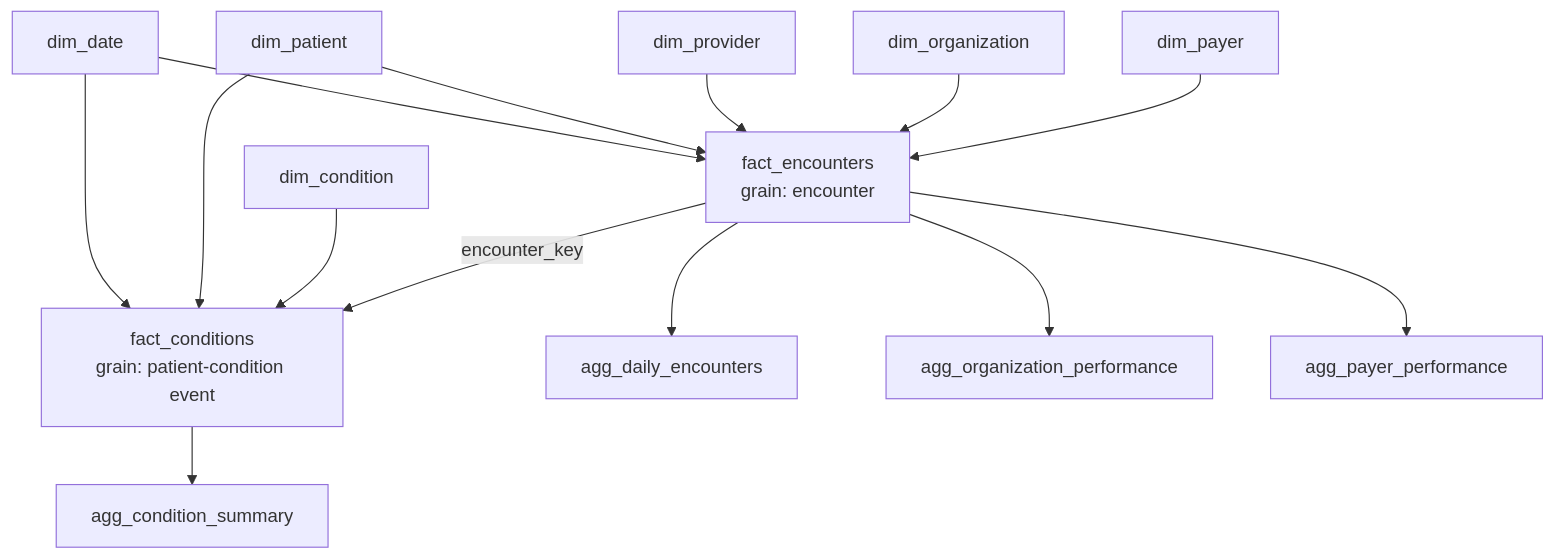
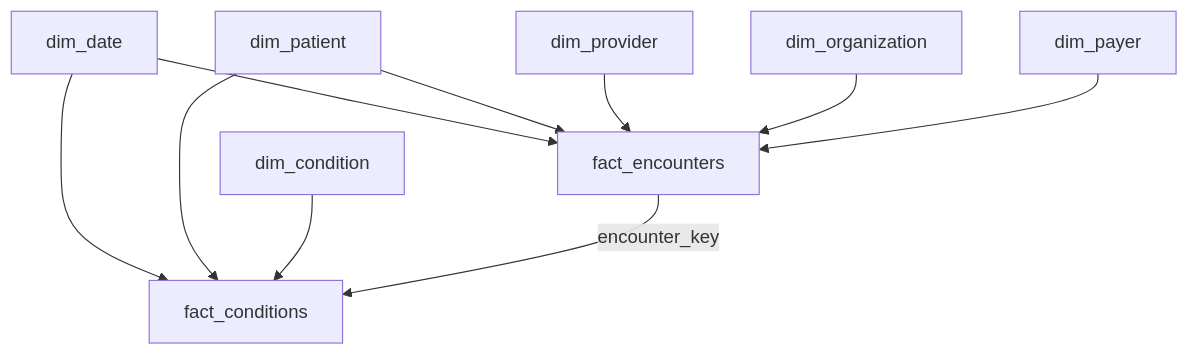
The diagram in labs/lab_06_gold_analytics_external/DATA_MODEL.md (BadalovP/Databricks-Academy-Lakehouse), drawn with Mermaid before and after one commit. The commit also changed other lines of this file and 20 other files, not shown here.

````diff
--- a/labs/lab_06_gold_analytics_external/DATA_MODEL.md
+++ b/labs/lab_06_gold_analytics_external/DATA_MODEL.md
@@ -64,28 +67,23 @@
 ```mermaid
 flowchart TB
     DD["dim_date"]
     DP["dim_patient"]
     DPROV["dim_provider"]
     DORG["dim_organization"]
     DPAY["dim_payer"]
     DCOND["dim_condition"]
 
-    FE["fact_encounters<br/>grain: encounter"]
-    FC["fact_conditions<br/>grain: patient-condition event"]
+    FE["fact_encounters"]
+    FC["fact_conditions"]
 
     DD --> FE
     DP --> FE
     DPROV --> FE
     DORG --> FE
     DPAY --> FE
 
     DD --> FC
     DP --> FC
     DCOND --> FC
     FE -->|"encounter_key"| FC
-
-    FE --> ADE["agg_daily_encounters"]
-    FE --> AORG["agg_organization_performance"]
-    FE --> APAY["agg_payer_performance"]
-    FC --> ACOND["agg_condition_summary"]
 ```
````
